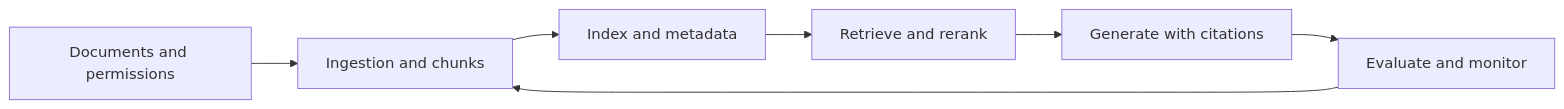
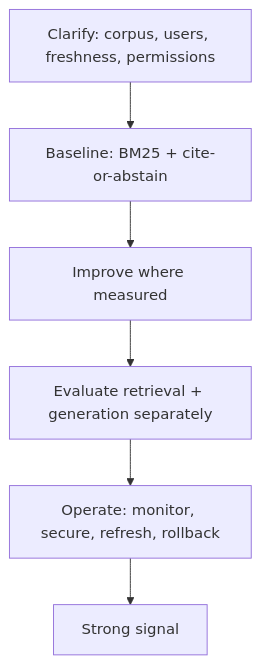
One commit to Icon1cc/Machine-Learning changed the diagram in rag/16-rag-interview-patterns.md. Above: the diagram before and after it, drawn with Mermaid. The commit also changed other lines of this file and 118 other files, not shown here.

````diff
--- a/rag/16-rag-interview-patterns.md
+++ b/rag/16-rag-interview-patterns.md
@@ -99,9 +76,8 @@
 ```mermaid
-flowchart LR
-    A[Documents and permissions] --> B[Ingestion and chunks]
-    B --> C[Index and metadata]
-    C --> D[Retrieve and rerank]
-    D --> E[Generate with citations]
-    E --> F[Evaluate and monitor]
-    F --> B
+flowchart TD
+    A[Clarify: corpus, users, freshness, permissions] --> B[Baseline: BM25 + cite-or-abstain]
+    B --> C[Improve where measured]
+    C --> D[Evaluate retrieval + generation separately]
+    D --> E[Operate: monitor, secure, refresh, rollback]
+    E --> F[Strong signal]
 ```
````
